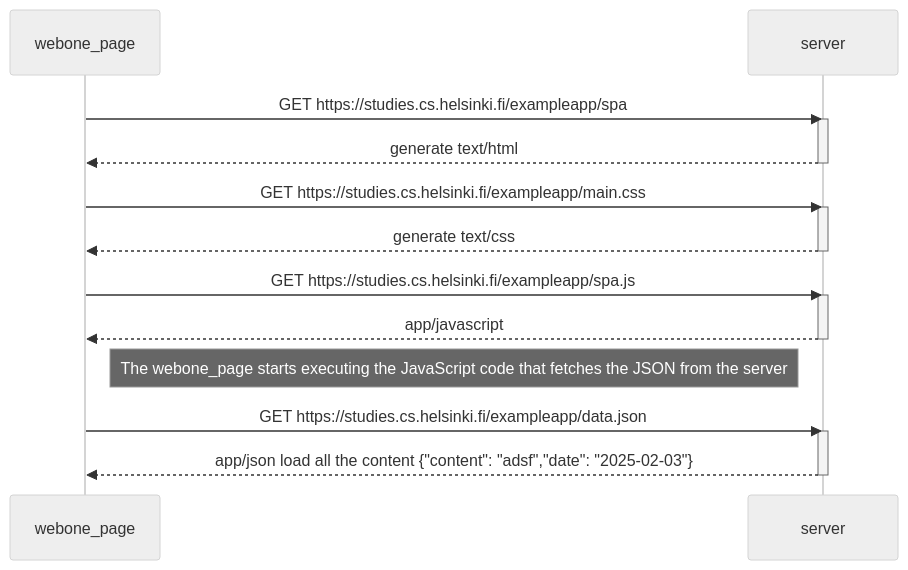
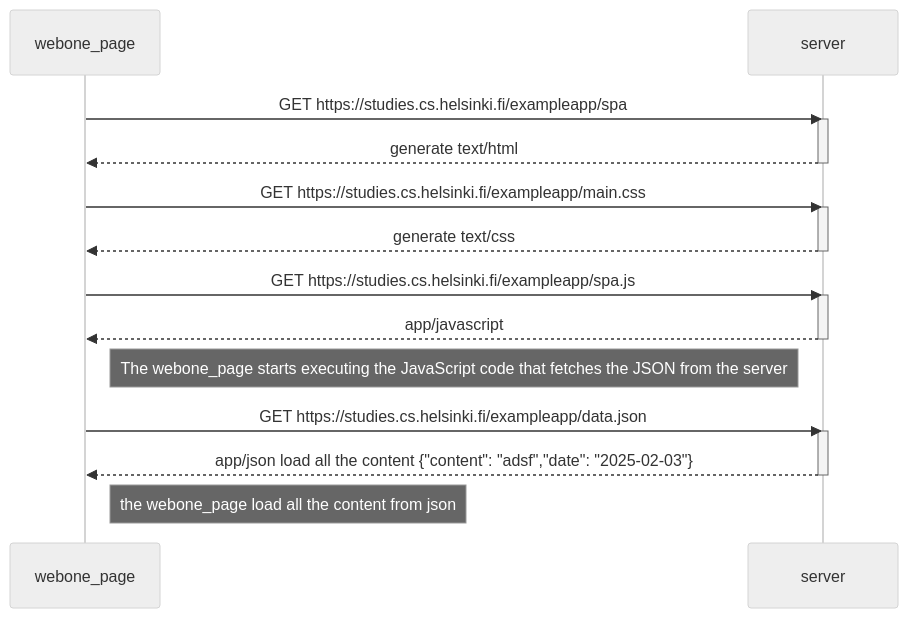
Before and after one commit to sularhen/FullStackOpen: the diagram in Part0/0.5[diagram_example_onepage].md, drawn with Mermaid (neutral theme).

````diff
--- a/Part0/0.5[diagram_example_onepage].md
+++ b/Part0/0.5[diagram_example_onepage].md
@@ -1,31 +1,32 @@
 ```mermaid
 
 sequenceDiagram
 participant webone_page
 participant server
 
   webone_page->>server: GET https://studies.cs.helsinki.fi/exampleapp/spa
   activate server
   server-->>webone_page: generate text/html
   deactivate server
 
   webone_page->>server: GET https://studies.cs.helsinki.fi/exampleapp/main.css
   activate server
   server-->>webone_page: generate text/css
   deactivate server
 
   webone_page->>server: GET https://studies.cs.helsinki.fi/exampleapp/spa.js
   activate server
   server-->>webone_page: app/javascript
   deactivate server
 
   Note right of webone_page: The webone_page starts executing the JavaScript code that fetches the JSON from the server
 
   webone_page->>server: GET https://studies.cs.helsinki.fi/exampleapp/data.json
   activate server
   server-->>webone_page: app/json load all the content {"content": "adsf","date": "2025-02-03"}
 
   deactivate server
- 
+
+note right of webone_page: the webone_page load all the content from json
 
 ```
````
